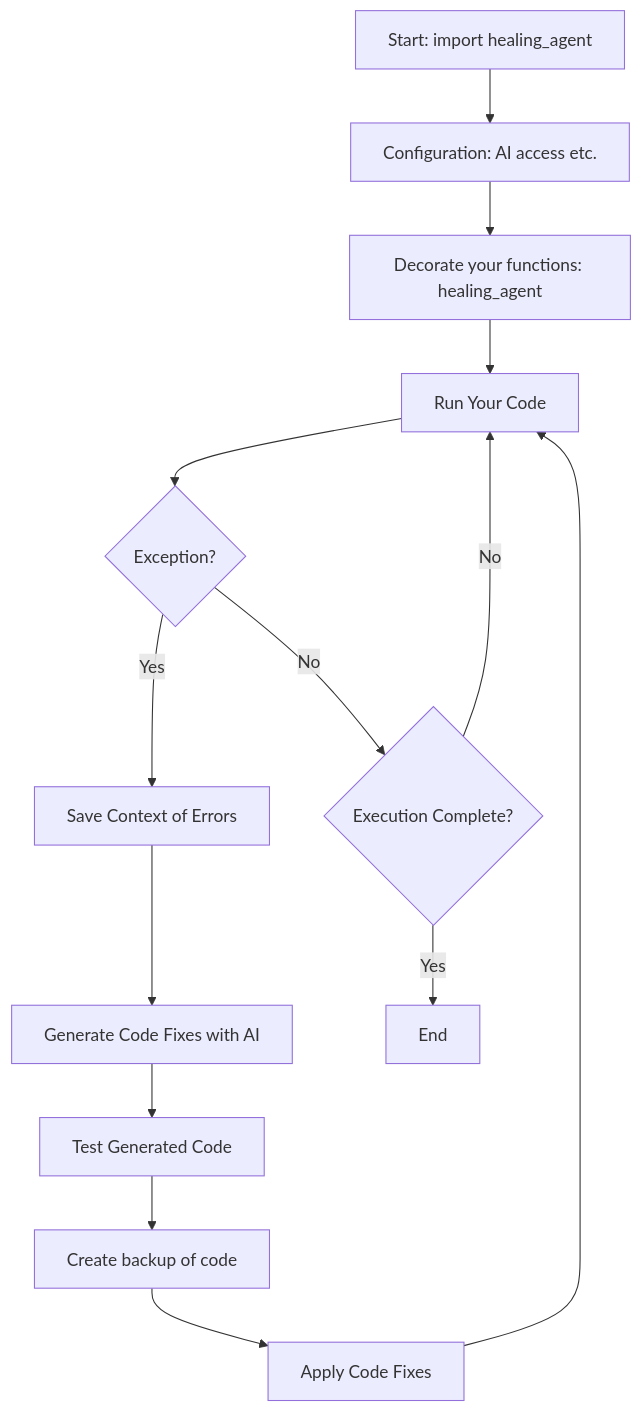
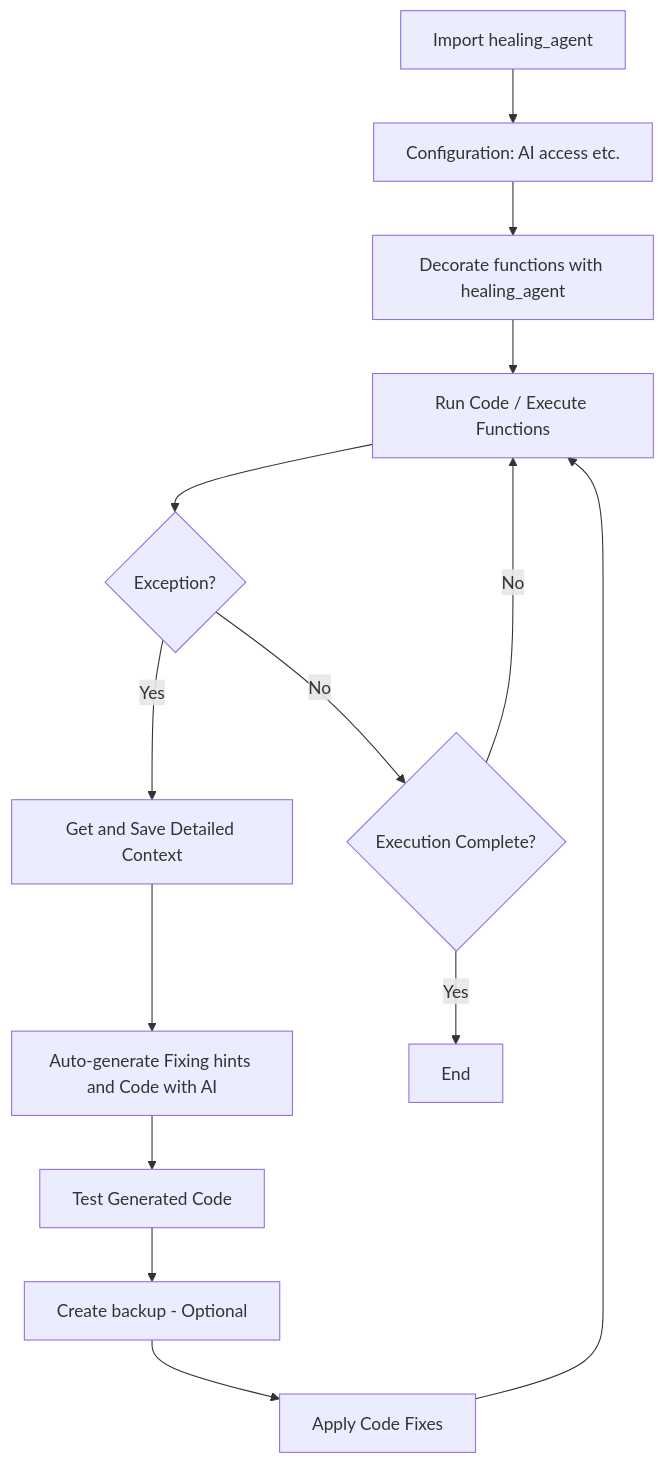
Before and after one commit to matebenyovszky/healing-agent: the diagram in README.md, drawn with Mermaid. The commit also changed 4 other files, not shown here.

Commit message:
0.2.0 diagram update

````diff
--- a/README.md
+++ b/README.md
@@ -24,16 +24,16 @@
 ```mermaid
 graph TD
-    A[Start: import healing_agent] --> B[Configuration: AI access etc.]
-    B --> C[Decorate your functions: healing_agent]
-    C --> D[Run Your Code]
+    A[Import healing_agent] --> B[Configuration: AI access etc.]
+    B --> C[Decorate functions with healing_agent]
+    C --> D[Run Code / Execute Functions]
     D --> E{Exception?}
-    E -->|Yes| F[Save Context of Errors]
-    F --> G[Generate Code Fixes with AI]
+    E -->|Yes| F[Get and Save Detailed Context]
+    F --> G[Auto-generate Fixing hints and Code with AI]
     G --> H[Test Generated Code]
-    H --> I[Create backup of code]
+    H --> I[Create backup - Optional]
     I --> J[Apply Code Fixes]
     J --> D
     E -->|No| M{Execution Complete?}
     M -->|No| D
     M -->|Yes| L[End]
 ```
````
